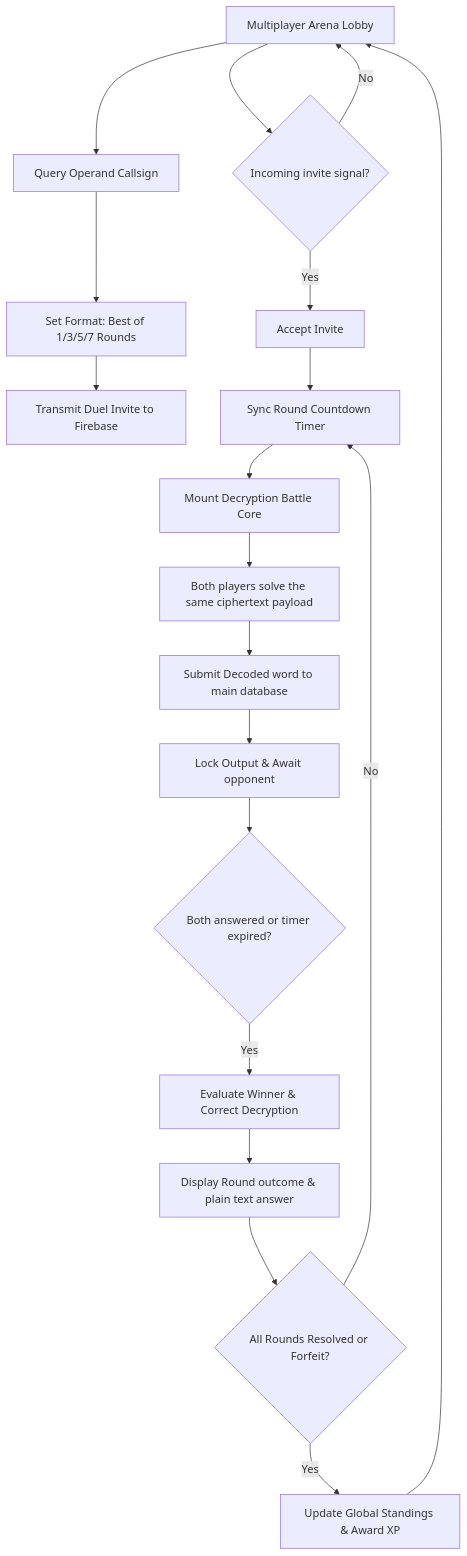
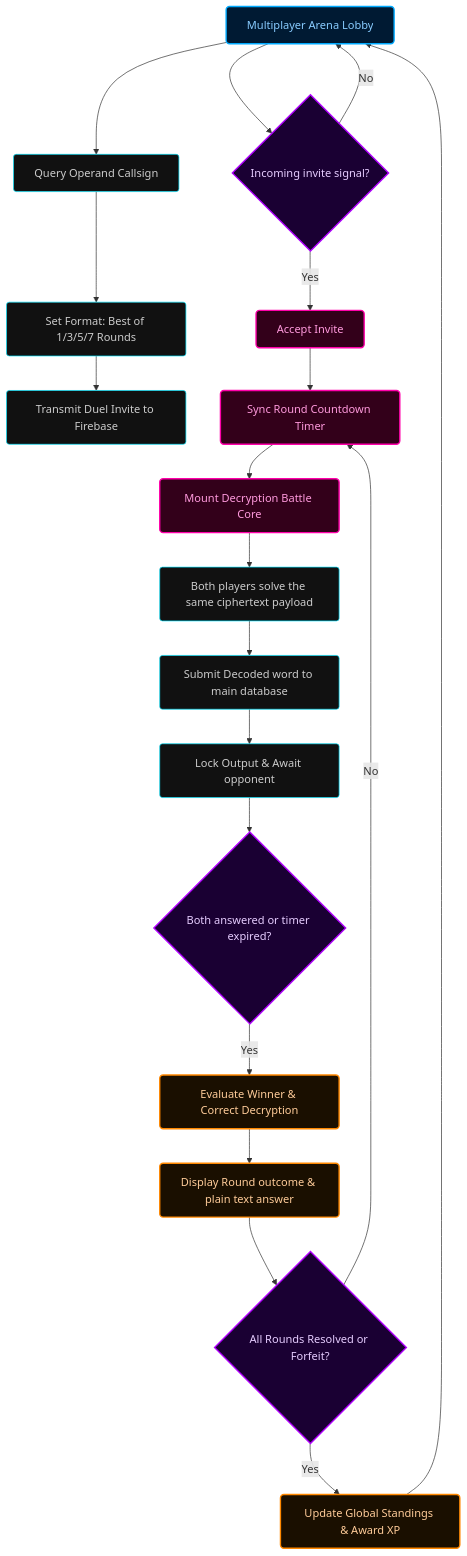
The third of 4 diagrams in README.md (Ziyankhan2106/cipher-quest-v3), drawn with Mermaid before and after one commit. The commit also changed other lines of this file and 4 other files, not shown here.

````diff
--- a/README.md
+++ b/README.md
@@ -168,24 +185,31 @@
 ```mermaid
 graph TD
-    Lobby[Multiplayer Arena Lobby] --> Search[Query Operand Callsign]
-    Search --> Format[Set Format: Best of 1/3/5/7 Rounds]
-    Format --> Invite[Transmit Duel Invite to Firebase]
-    Lobby --> Signals{Incoming invite signal?}
-    Signals -- Yes --> Accept[Accept Invite]
+    %% Cyberpunk Theme Styling
+    classDef lobbyNode fill:#001a33,stroke:#00aaff,stroke-width:2px,color:#88ccff,rx:5px,ry:5px;
+    classDef matchNode fill:#33001a,stroke:#ff00aa,stroke-width:2px,color:#ff99dd,rx:5px,ry:5px;
+    classDef decisionNode fill:#1a0033,stroke:#b200ff,stroke-width:2px,color:#e6ccff;
+    classDef actionNode fill:#111,stroke:#00e5ff,stroke-width:1px,color:#ccc,rx:4px,ry:4px;
+    classDef resultNode fill:#1a0f00,stroke:#ff8800,stroke-width:2px,color:#ffcc99,rx:5px,ry:5px;
+
+    Lobby[Multiplayer Arena Lobby]:::lobbyNode --> Search[Query Operand Callsign]:::actionNode
+    Search --> Format[Set Format: Best of 1/3/5/7 Rounds]:::actionNode
+    Format --> Invite[Transmit Duel Invite to Firebase]:::actionNode
+    Lobby --> Signals{Incoming invite signal?}:::decisionNode
+    Signals -- Yes --> Accept[Accept Invite]:::matchNode
     Signals -- No --> Lobby
     
-    Accept --> MatchSync[Sync Round Countdown Timer]
-    MatchSync --> LoadRound[Mount Decryption Battle Core]
-    LoadRound --> Solve[Both players solve the same ciphertext payload]
-    Solve --> Submit[Submit Decoded word to main database]
+    Accept --> MatchSync[Sync Round Countdown Timer]:::matchNode
+    MatchSync --> LoadRound[Mount Decryption Battle Core]:::matchNode
+    LoadRound --> Solve[Both players solve the same ciphertext payload]:::actionNode
+    Solve --> Submit[Submit Decoded word to main database]:::actionNode
     
-    Submit --> LockStatus[Lock Output & Await opponent]
-    LockStatus --> BothDone{Both answered or timer expired?}
-    BothDone -- Yes --> Resolve[Evaluate Winner & Correct Decryption]
-    Resolve --> Modal[Display Round outcome & plain text answer]
+    Submit --> LockStatus[Lock Output & Await opponent]:::actionNode
+    LockStatus --> BothDone{Both answered or timer expired?}:::decisionNode
+    BothDone -- Yes --> Resolve[Evaluate Winner & Correct Decryption]:::resultNode
+    Resolve --> Modal[Display Round outcome & plain text answer]:::resultNode
     
-    Modal --> EndCheck{All Rounds Resolved or Forfeit?}
+    Modal --> EndCheck{All Rounds Resolved or Forfeit?}:::decisionNode
     EndCheck -- No --> MatchSync
-    EndCheck -- Yes --> FinalLeader[Update Global Standings & Award XP]
+    EndCheck -- Yes --> FinalLeader[Update Global Standings & Award XP]:::resultNode
     FinalLeader --> Lobby
 ```
````
